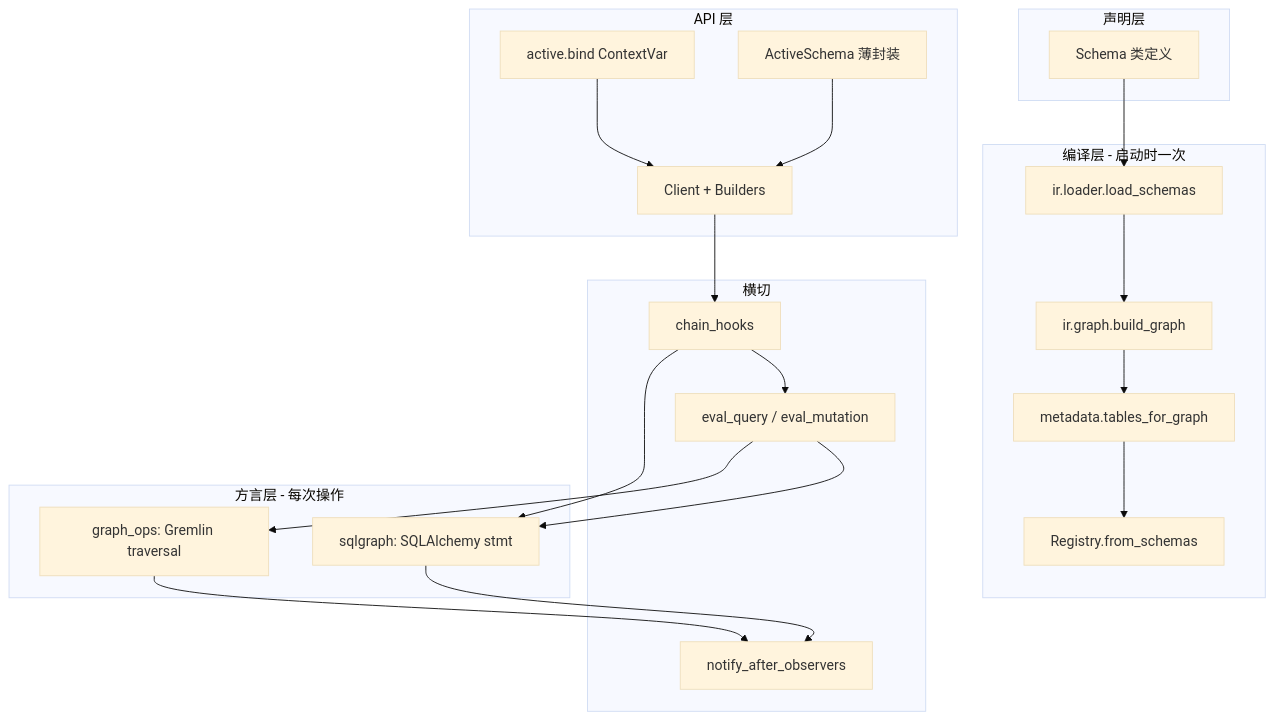
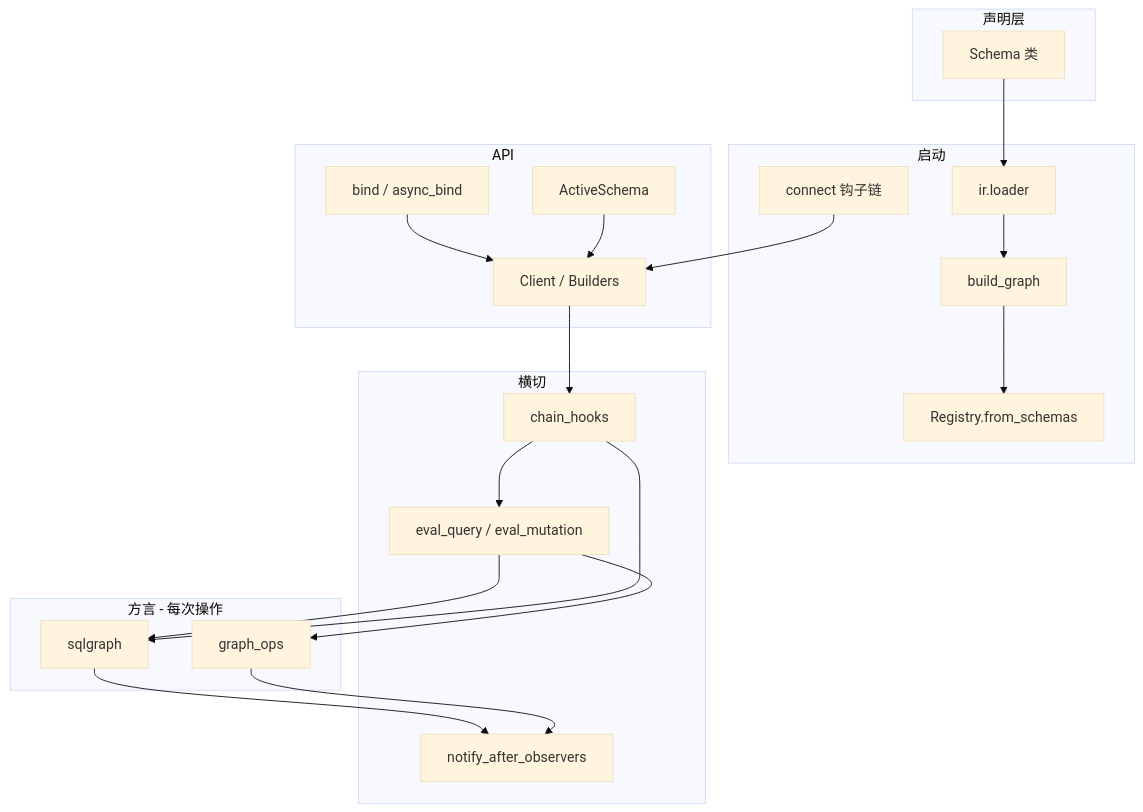
One commit to koritafei-jpg/ent-python changed the sixth of 6 diagrams in docs/ARCHITECTURE.md. Above: the diagram before and after it, drawn with Mermaid (base theme). The commit also changed other lines of this file and 10 other files, not shown here.

First line of the commit message:
修复 async_bind 下 Active/Search API 断裂，并统一 Update 字段物化。

````diff
--- a/docs/ARCHITECTURE.md
+++ b/docs/ARCHITECTURE.md
@@ -344,41 +413,41 @@
 ```mermaid
 flowchart TB
     subgraph declarative [声明层]
-        Schema[Schema 类定义]
+        Schema[Schema 类]
     end
 
-    subgraph compile [编译层 - 启动时一次]
-        Loader[ir.loader.load_schemas]
-        Graph[ir.graph.build_graph]
-        Meta[metadata.tables_for_graph]
+    subgraph bootstrap [启动]
+        Connect[connect 钩子链]
+        Loader[ir.loader]
+        Graph[build_graph]
         Registry[Registry.from_schemas]
     end
 
-    subgraph api [API 层]
-        Bind[active.bind ContextVar]
-        Client[Client + Builders]
-        Active[ActiveSchema 薄封装]
+    subgraph api [API]
+        Bind[bind / async_bind]
+        Active[ActiveSchema]
+        Client[Client / Builders]
     end
 
     subgraph cross [横切]
         Hooks[chain_hooks]
         Policy[eval_query / eval_mutation]
         Obs[notify_after_observers]
     end
 
-    subgraph exec [方言层 - 每次操作]
-        SQL[sqlgraph: SQLAlchemy stmt]
-        Gremlin[graph_ops: Gremlin traversal]
+    subgraph exec [方言 - 每次操作]
+        SQL[sqlgraph]
+        Gremlin[graph_ops]
     end
 
-    Schema --> Loader --> Graph
-    Graph --> Meta --> Registry
+    Schema --> Loader --> Graph --> Registry
+    Connect --> Client
     Bind --> Client
     Active --> Client
     Client --> Hooks --> Policy
     Policy --> SQL
     Policy --> Gremlin
     Hooks --> SQL
     SQL --> Obs
     Gremlin --> Obs
 ```
````
